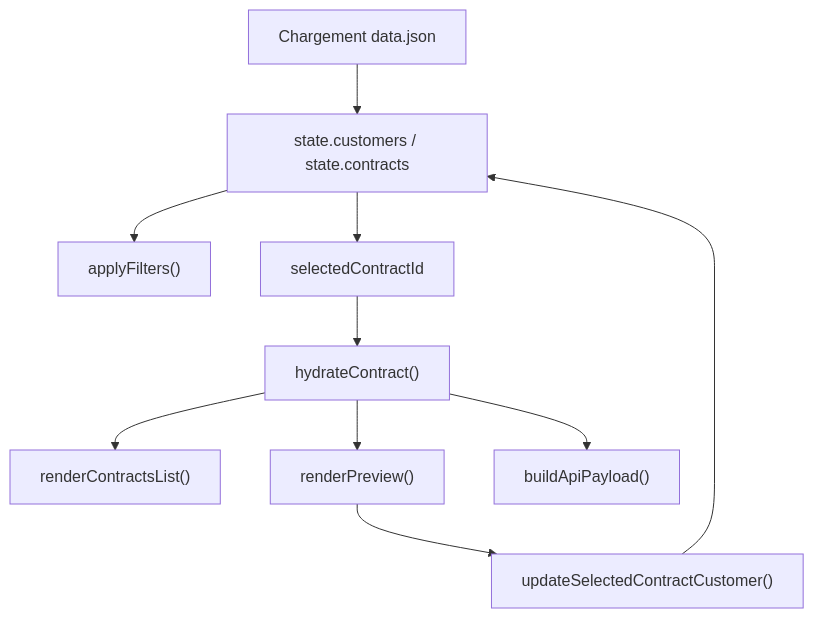
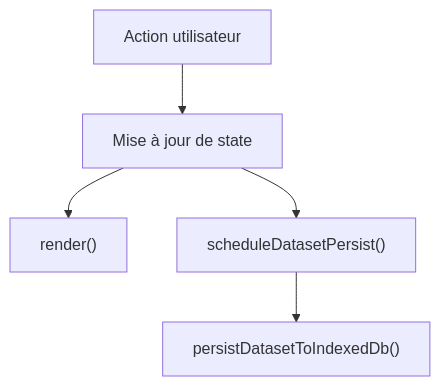
Before and after one commit to quangfr/score: the third of 3 diagrams in docs.md, drawn with Mermaid. The commit also changed other lines of this file and 3 other files, not shown here.

````diff
--- a/docs.md
+++ b/docs.md
@@ -175,12 +349,7 @@
 ```mermaid
 flowchart TD
-    LOAD["Chargement data.json"] --> STORE["state.customers / state.contracts"]
-    STORE --> FILTER["applyFilters()"]
-    STORE --> SELECT["selectedContractId"]
-    SELECT --> HYDRATE["hydrateContract()"]
-    HYDRATE --> LIST["renderContractsList()"]
-    HYDRATE --> PREVIEW["renderPreview()"]
-    HYDRATE --> API["buildApiPayload()"]
-    PREVIEW --> EDIT["updateSelectedContractCustomer()"]
-    EDIT --> STORE
+    UI["Action utilisateur"] --> STATE["Mise à jour de state"]
+    STATE --> RENDER["render()"]
+    STATE --> SAVE["scheduleDatasetPersist()"]
+    SAVE --> IDB["persistDatasetToIndexedDb()"]
 ```
````
